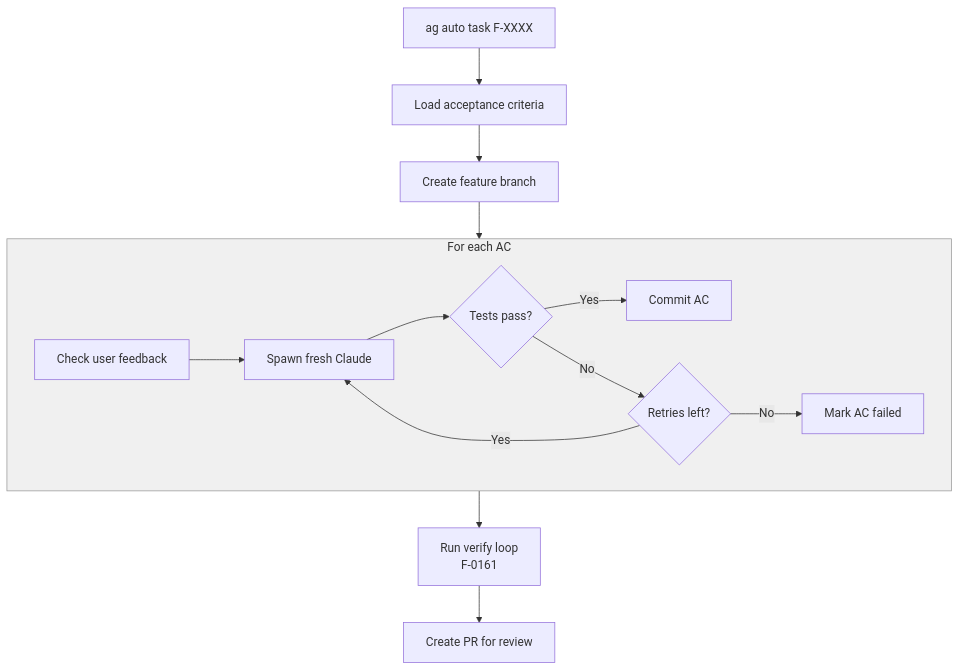
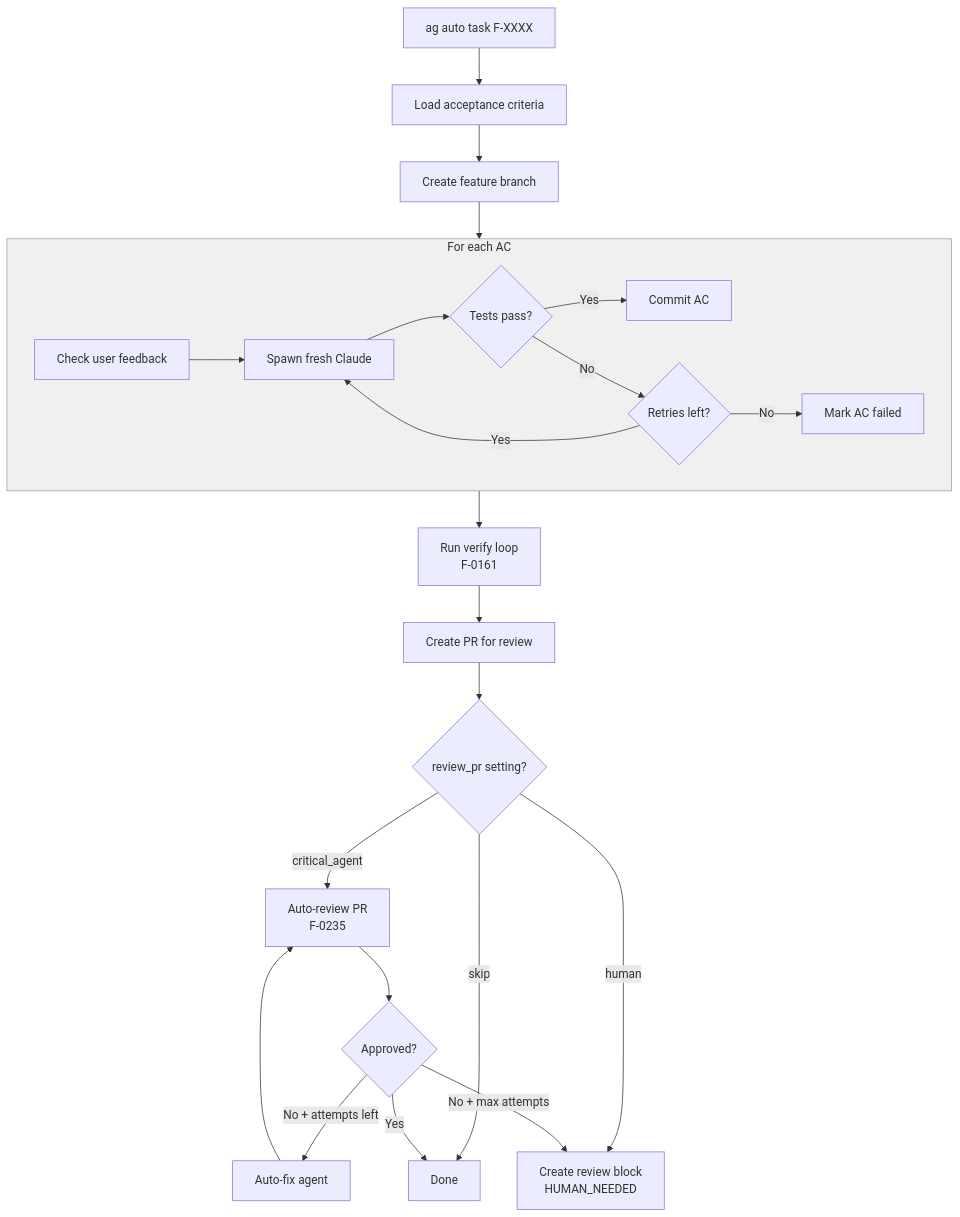
Before and after one commit to tomgun/agentic-framework: the third of 6 diagrams in docs/HOW_IT_WORKS.md, drawn with Mermaid. The commit also changed other lines of this file and 35 other files, not shown here.

First line of the commit message:
feat: auto-review after PR + autonomous plan convergence loop (F-0235, F-0236)

````diff
--- a/docs/HOW_IT_WORKS.md
+++ b/docs/HOW_IT_WORKS.md
@@ -360,20 +360,29 @@
 ```mermaid
 flowchart TB
     START[ag auto task F-XXXX] --> LOAD[Load acceptance criteria]
     LOAD --> BRANCH[Create feature branch]
     BRANCH --> AC_LOOP
 
     subgraph AC_LOOP["For each AC"]
         CHECK_FB[Check user feedback] --> SPAWN[Spawn fresh Claude]
         SPAWN --> TEST{Tests pass?}
         TEST -->|Yes| COMMIT[Commit AC]
         TEST -->|No| RETRY{Retries left?}
         RETRY -->|Yes| SPAWN
         RETRY -->|No| MARK_FAIL[Mark AC failed]
     end
 
     AC_LOOP --> VERIFY[Run verify loop<br/>F-0161]
     VERIFY --> PR[Create PR for review]
+    PR --> REVIEW{review_pr setting?}
+    REVIEW -->|critical_agent| AUTO_REVIEW[Auto-review PR<br/>F-0235]
+    REVIEW -->|human| BLOCK[Create review block<br/>HUMAN_NEEDED]
+    REVIEW -->|skip| DONE[Done]
+    AUTO_REVIEW --> FIX{Approved?}
+    FIX -->|Yes| DONE
+    FIX -->|No + attempts left| FIX_AGENT[Auto-fix agent]
+    FIX_AGENT --> AUTO_REVIEW
+    FIX -->|No + max attempts| BLOCK
 
     style AC_LOOP fill:#f0f0f0,stroke:#999
 ```
````
